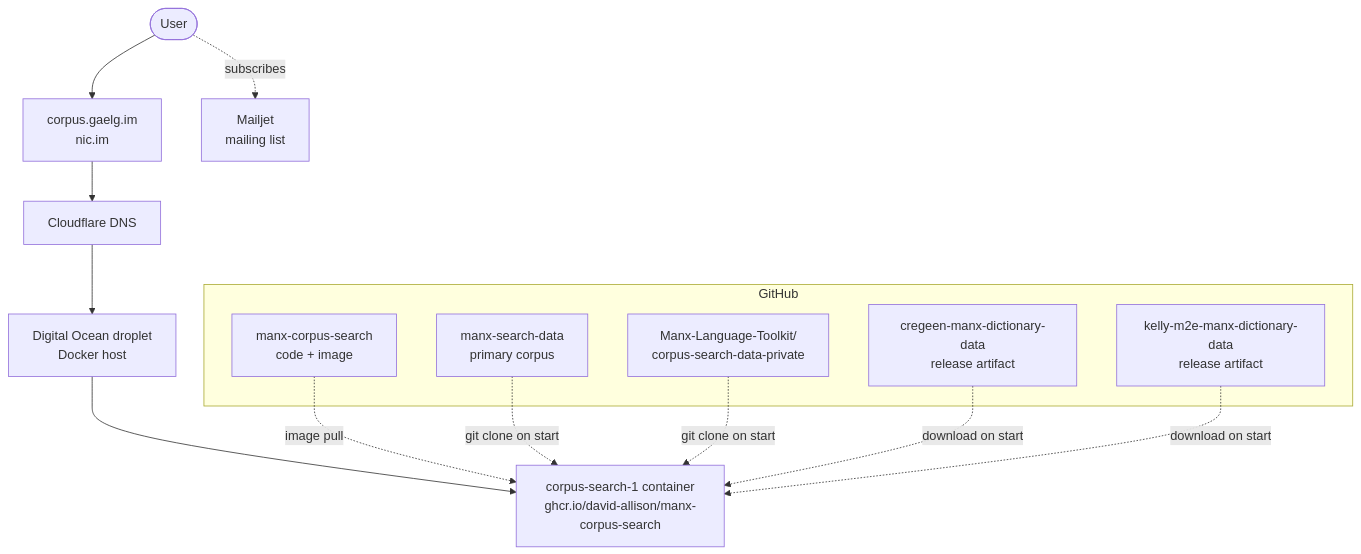
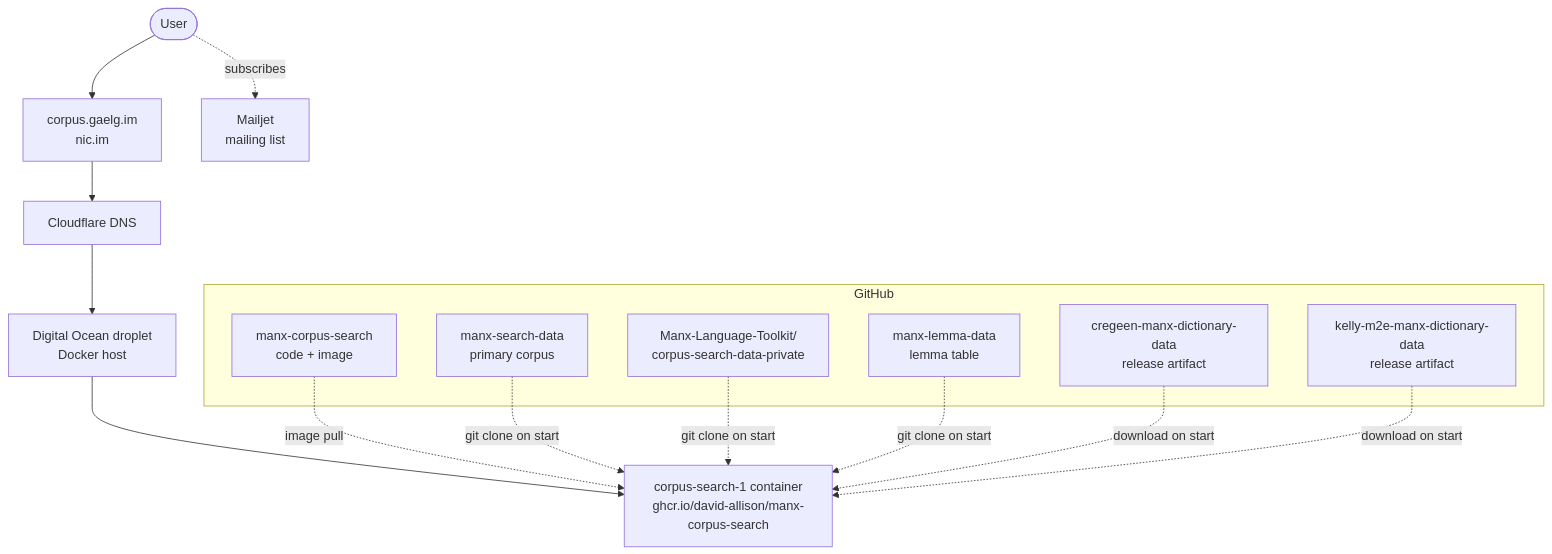
The diagram in OPERATIONS.md (david-allison/manx-corpus-search), drawn with Mermaid before and after one commit. The commit also changed other lines of this file and 3 other files, not shown here.

First line of the commit message:
feat(deploy): refresh the lemma table from manx-lemma-data on start

````diff
--- a/OPERATIONS.md
+++ b/OPERATIONS.md
@@ -164,26 +164,28 @@
 ```mermaid
 flowchart TD
     user([User])
     domain[corpus.gaelg.im<br/>nic.im]
     cf[Cloudflare DNS]
     do[Digital Ocean droplet<br/>Docker host]
     container[corpus-search-1 container<br/>ghcr.io/david-allison/manx-corpus-search]
 
     subgraph gh[GitHub]
         code[manx-corpus-search<br/>code + image]
         data1[manx-search-data<br/>primary corpus]
         data2[Manx-Language-Toolkit/<br/>corpus-search-data-private]
+        data3[manx-lemma-data<br/>lemma table]
         dict1[cregeen-manx-dictionary-data<br/>release artifact]
         dict2[kelly-m2e-manx-dictionary-data<br/>release artifact]
     end
 
     mailjet[Mailjet<br/>mailing list]
 
     user --> domain --> cf --> do --> container
     code -. image pull .-> container
     data1 -. git clone on start .-> container
     data2 -. git clone on start .-> container
+    data3 -. git clone on start .-> container
     dict1 -. download on start .-> container
     dict2 -. download on start .-> container
     user -. subscribes .-> mailjet
 ```
````
